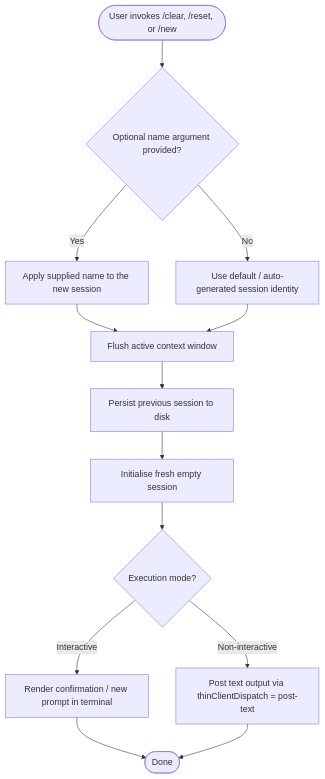
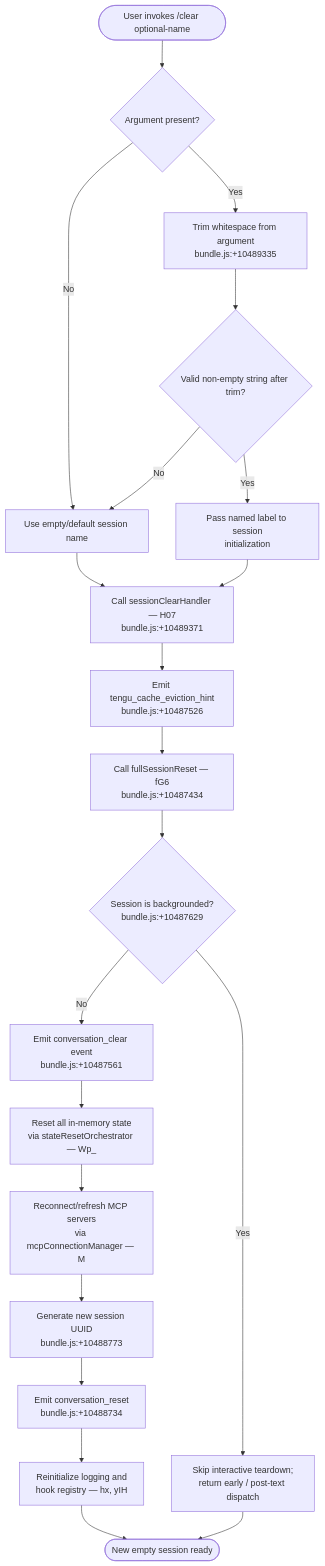
One commit to MyLittleLuckyDog/cc-gnothi changed the diagram in versions/v2.1.146/clear.md. Above: the diagram before and after it, drawn with Mermaid. The commit also changed other lines of this file and 496 other files, not shown here.

````diff
--- a/versions/v2.1.146/clear.md
+++ b/versions/v2.1.146/clear.md
@@ -50,15 +58,23 @@
 ```mermaid
 flowchart TD
-    A([User invokes /clear, /reset, or /new]) --> B{Optional name argument provided?}
-    B -- Yes --> C[Apply supplied name to the new session]
-    B -- No --> D[Use default / auto-generated session identity]
-    C --> E[Flush active context window]
-    D --> E
-    E --> F[Persist previous session to disk]
-    F --> G[Initialise fresh empty session]
-    G --> H{Execution mode?}
-    H -- Interactive --> I[Render confirmation / new prompt in terminal]
-    H -- Non-interactive --> J[Post text output via thinClientDispatch = post-text]
-    I --> K([Done])
-    J --> K
+    A([User invokes /clear optional-name]) --> B{Argument present?}
+    B -- "Yes" --> C[Trim whitespace from argument\nbundle.js:+10489335]
+    B -- "No" --> D[Use empty/default session name]
+    C --> E{Valid non-empty string after trim?}
+    E -- "Yes" --> F[Pass named label to session\ninitialization]
+    E -- "No" --> D
+    D --> G[Call sessionClearHandler — H07\nbundle.js:+10489371]
+    F --> G
+    G --> H[Emit tengu_cache_eviction_hint\nbundle.js:+10487526]
+    H --> I[Call fullSessionReset — fG6\nbundle.js:+10487434]
+    I --> J{Session is backgrounded?\nbundle.js:+10487629}
+    J -- "Yes" --> K[Skip interactive teardown;\nreturn early / post-text dispatch]
+    J -- "No" --> L[Emit conversation_clear event\nbundle.js:+10487561]
+    L --> M[Reset all in-memory state\nvia stateResetOrchestrator — Wp_]
+    M --> N[Reconnect/refresh MCP servers\nvia mcpConnectionManager — M]
+    N --> O[Generate new session UUID\nbundle.js:+10488773]
+    O --> P[Emit conversation_reset\nbundle.js:+10488734]
+    P --> Q[Reinitialize logging and\nhook registry — hx, yIH]
+    Q --> R([New empty session ready])
+    K --> R
 ```
````
